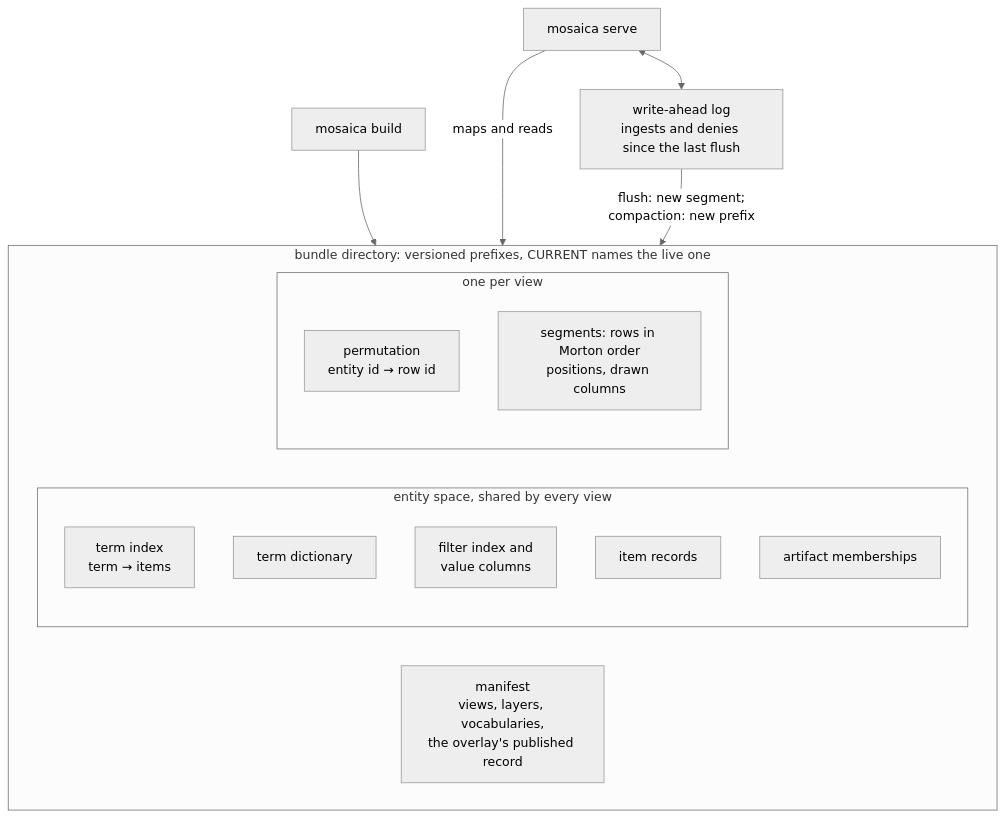
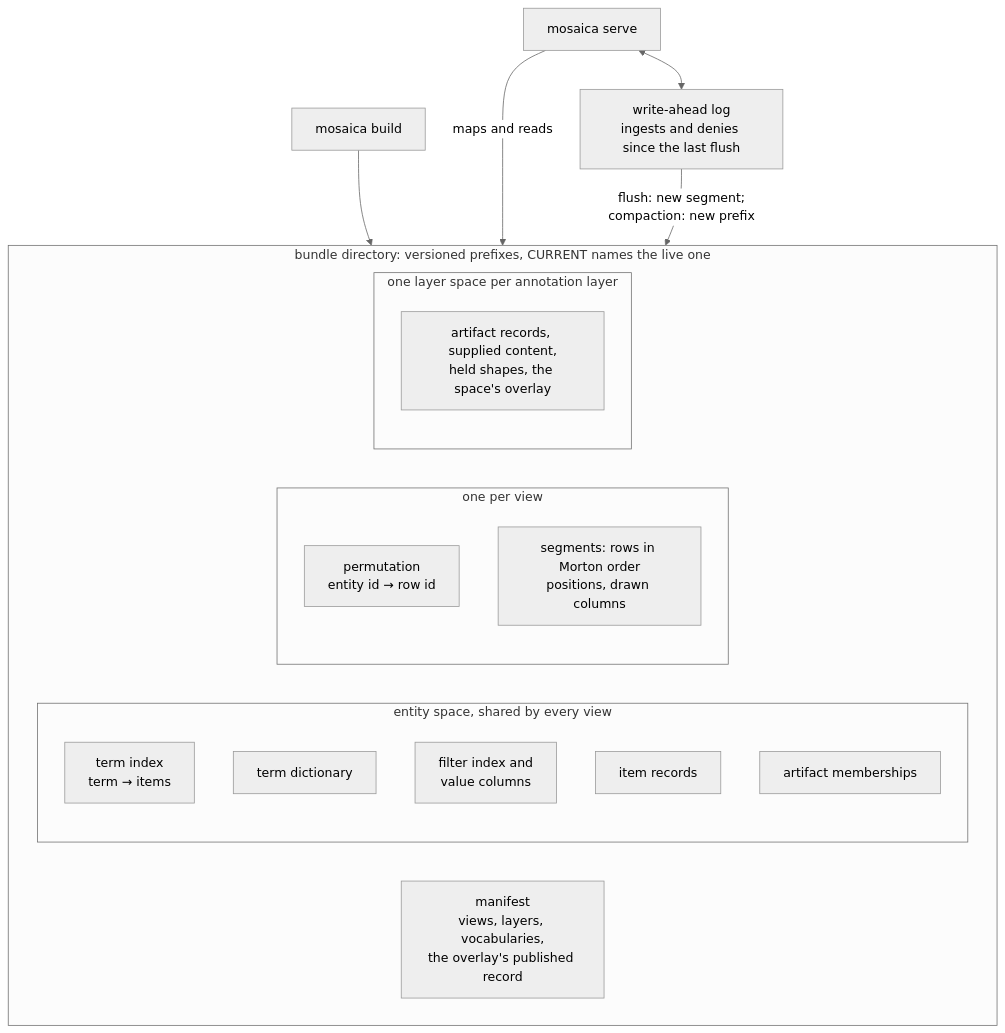
One commit to jennis0/tesseradb changed the second of 2 diagrams in docs/system/write-path.md. Above: the diagram before and after it, drawn with Mermaid (neutral theme). The commit also changed other lines of this file and 183 other files, not shown here.

First line of the commit message:
Sharding plan, stage 3: layer spaces (#184)

````diff
--- a/docs/system/write-path.md
+++ b/docs/system/write-path.md
@@ -50,22 +50,25 @@
 ```mermaid
 flowchart TB
   subgraph bundle["bundle directory: versioned prefixes, CURRENT names the live one"]
     manifest["manifest<br/>views, layers, vocabularies,<br/>the overlay's published record"]
     subgraph entity["entity space, shared by every view"]
       termidx["term index<br/>term → items"]
       dict["term dictionary"]
       filt["filter index and<br/>value columns"]
       records["item records"]
       members["artifact memberships"]
     end
     subgraph views["one per view"]
       perm["permutation<br/>entity id → row id"]
       segs["segments: rows in Morton order<br/>positions, drawn columns"]
     end
+    subgraph spaces["one layer space per annotation layer"]
+      artifacts["artifact records, supplied content,<br/>held shapes, the space's overlay"]
+    end
   end
   wal["write-ahead log<br/>ingests and denies since the last flush"]
   build["mosaica build"] --> bundle
   serve["mosaica serve"] -- "maps and reads" --> bundle
   serve <--> wal
   wal -- "flush: new segment;<br/>compaction: new prefix" --> bundle
 ```
````
